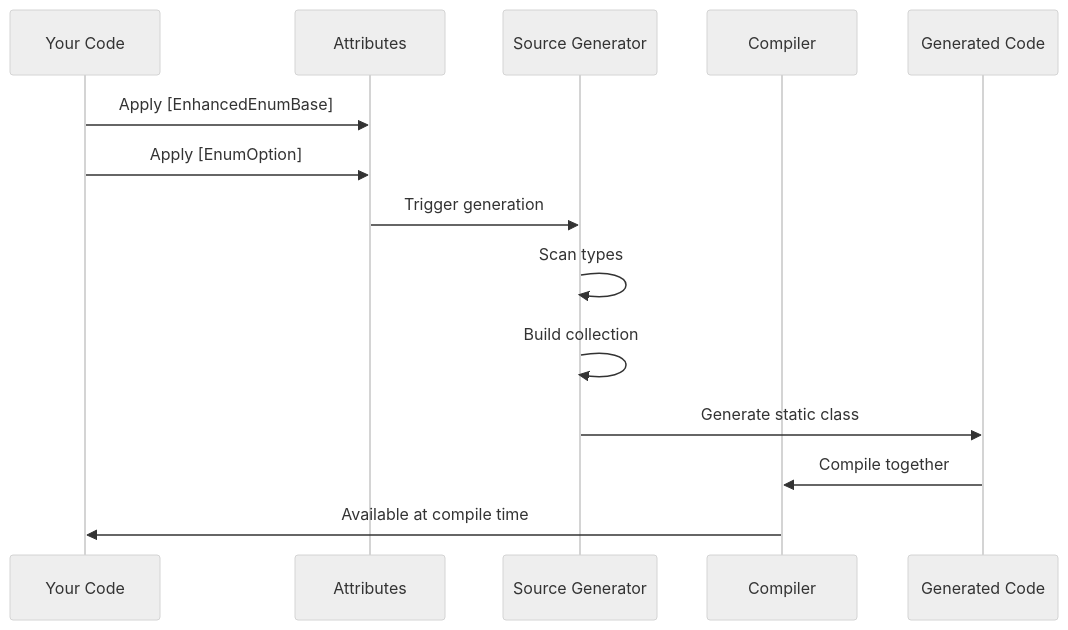
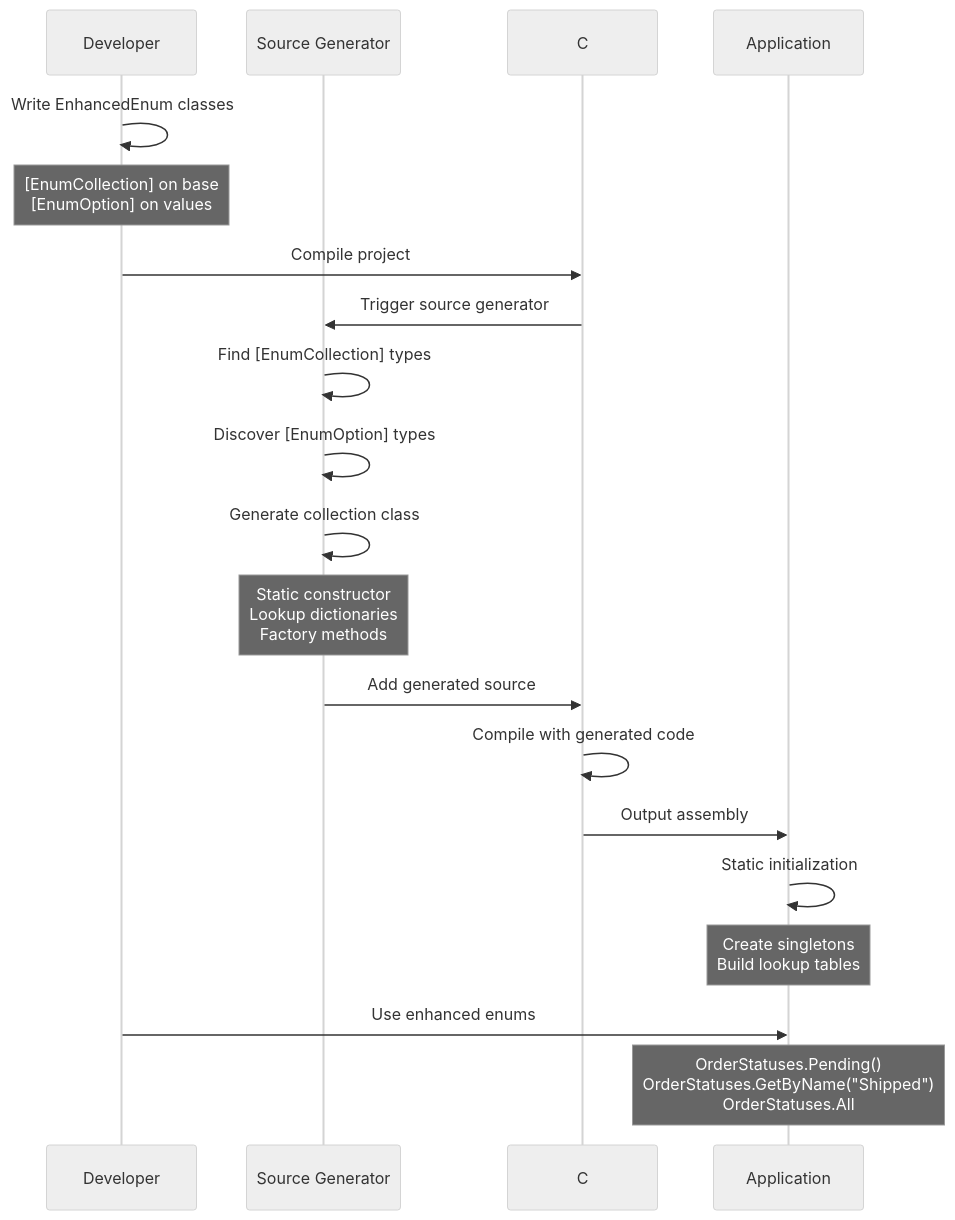
One commit to CyberdineDevelopment/Enhanced-Enums changed the diagram in README.md. Above: the diagram before and after it, drawn with Mermaid (neutral theme). The commit also changed other lines of this file and 204 other files, not shown here.

First line of the commit message:
Add Humanizer package and GenerateFactoryMethods property

````diff
--- a/README.md
+++ b/README.md
@@ -304,17 +32,28 @@
 ```mermaid
 sequenceDiagram
-    participant Code as Your Code
-    participant Attr as Attributes
-    participant Gen as Source Generator
-    participant Comp as Compiler
-    participant Out as Generated Code
+    participant Dev as Developer
+    participant SG as Source Generator
+    participant CC as C# Compiler
+    participant App as Application
+
+    Dev->>Dev: Write EnhancedEnum classes
+    Note over Dev: [EnumCollection] on base<br/>[EnumOption] on values
     
-    Code->>Attr: Apply [EnhancedEnumBase]
-    Code->>Attr: Apply [EnumOption]
-    Attr->>Gen: Trigger generation
-    Gen->>Gen: Scan types
-    Gen->>Gen: Build collection
-    Gen->>Out: Generate static class
-    Out->>Comp: Compile together
-    Comp->>Code: Available at compile time
+    Dev->>CC: Compile project
+    CC->>SG: Trigger source generator
+    
+    SG->>SG: Find [EnumCollection] types
+    SG->>SG: Discover [EnumOption] types
+    SG->>SG: Generate collection class
+    Note over SG: Static constructor<br/>Lookup dictionaries<br/>Factory methods
+    
+    SG->>CC: Add generated source
+    CC->>CC: Compile with generated code
+    CC->>App: Output assembly
+    
+    App->>App: Static initialization
+    Note over App: Create singletons<br/>Build lookup tables
+    
+    Dev->>App: Use enhanced enums
+    Note over App: OrderStatuses.Pending()<br/>OrderStatuses.GetByName("Shipped")<br/>OrderStatuses.All
 ```
````
